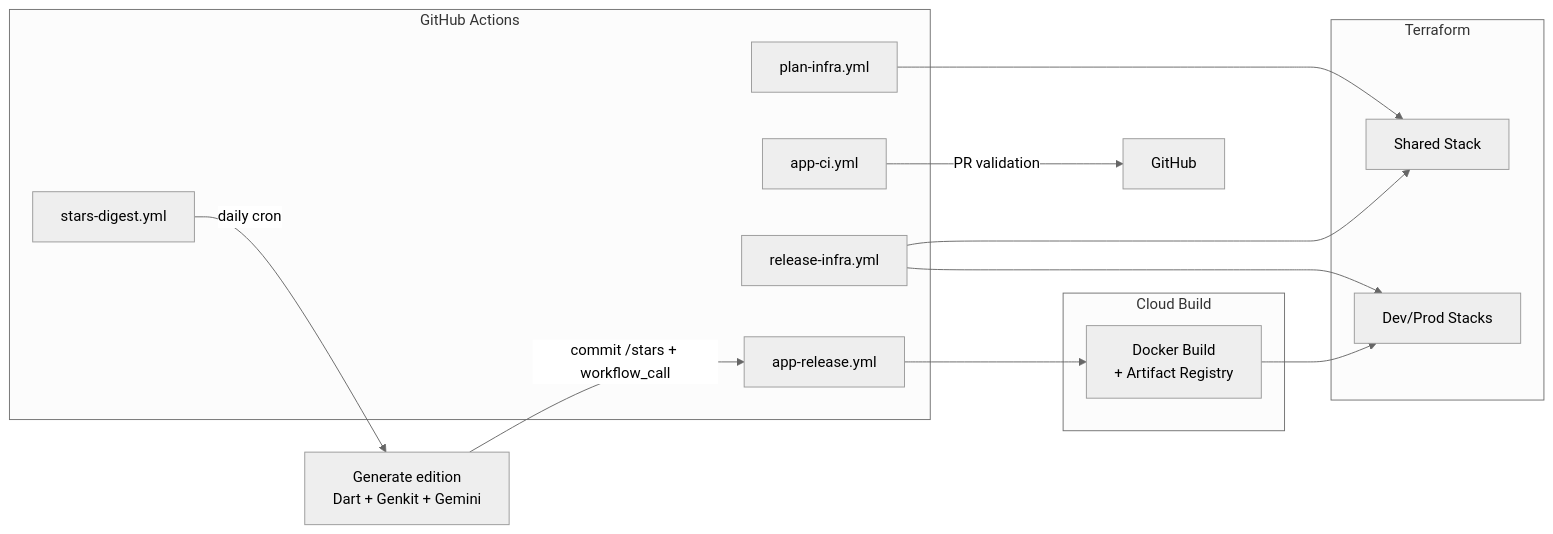
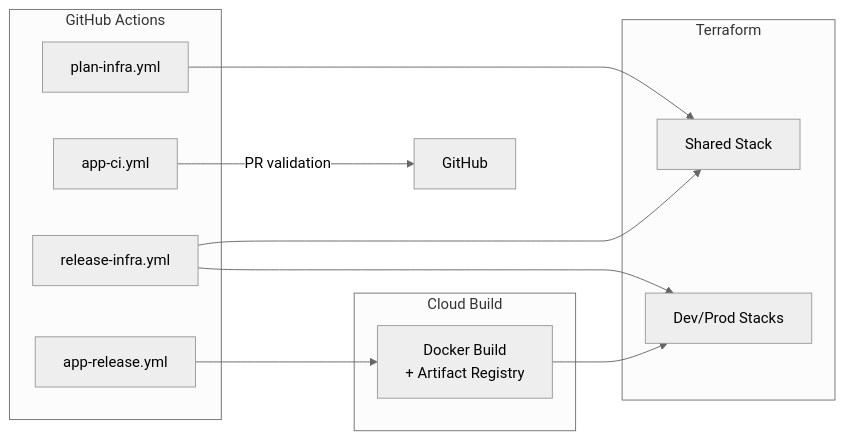
The second of 2 diagrams in README.md (koborin-ai/site), drawn with Mermaid (neutral theme) before and after one commit. The commit also changed other lines of this file and 121 other files, not shown here.

First line of the commit message:
chore(stars): remove personal newsletter and Genkit digest

````diff
--- a/README.md
+++ b/README.md
@@ -119,28 +119,24 @@
 ```mermaid
 flowchart LR
     subgraph GitHub Actions
         planInfra[plan-infra.yml]
         releaseInfra[release-infra.yml]
         appCI[app-ci.yml]
         appRelease[app-release.yml]
-        starsDigest[stars-digest.yml]
     end
 
     subgraph Cloud Build
         buildApp[Docker Build\n+ Artifact Registry]
     end
 
     subgraph Terraform
         sharedStack[Shared Stack]
         envStacks[Dev/Prod Stacks]
     end
 
-    starsDigest -->|daily cron| genEdition[Generate edition\nDart + Genkit + Gemini]
-
     planInfra --> sharedStack
     releaseInfra --> sharedStack
     releaseInfra --> envStacks
     appCI -->|PR validation| GitHub
-    genEdition -->|commit /stars + workflow_call| appRelease
     appRelease --> buildApp --> envStacks
 ```
````
